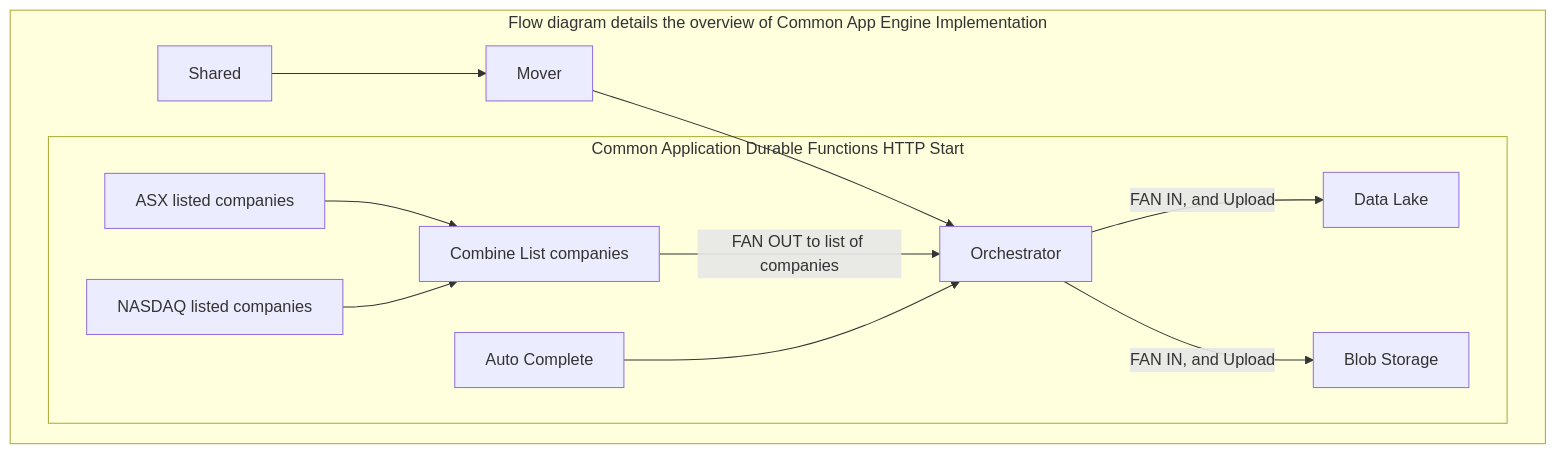
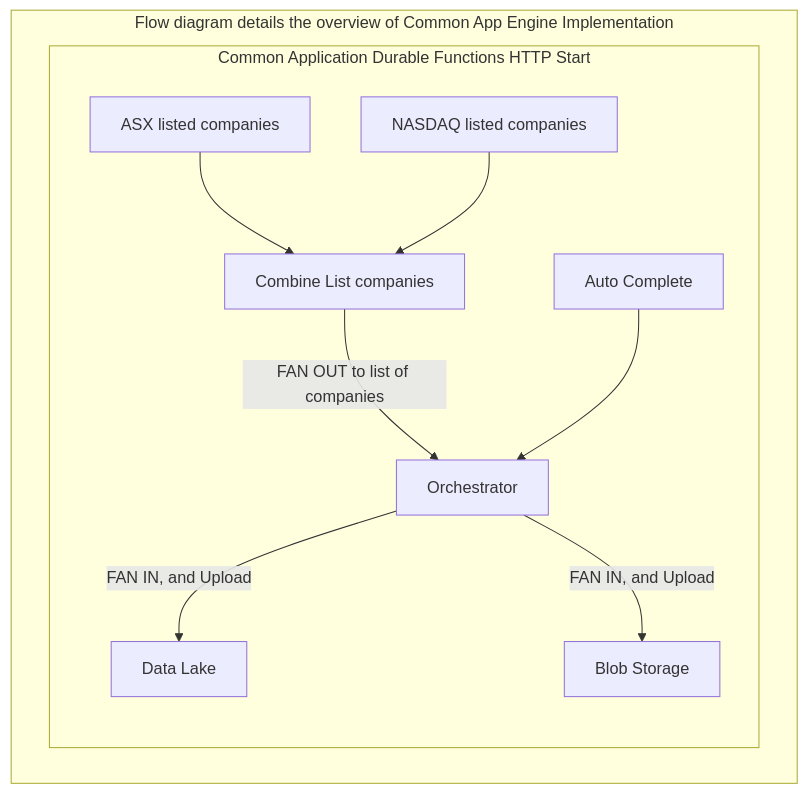
The diagram in README.md (Market-Finance/commonApp), drawn with Mermaid before and after one commit.

Commit message:
changes to doc

````diff
--- a/README.md
+++ b/README.md
@@ -159,25 +159,21 @@
 ```mermaid
     flowchart TD
     subgraph Flow diagram details the overview of Common App Engine Implementation
             A[Auto Complete]
             BA[ASX listed companies]
             BB[NASDAQ listed companies]
             B[Combine List companies]
             D[Orchestrator]
-            E[Mover]
-            EA[Shared]
             F[Blob Storage]
             G[Data Lake]
-            EA --> E
-            E --> D
 
             subgraph Common Application Durable Functions HTTP Start
                 BA --> B
                 BB --> B
                 D -- FAN IN, and Upload --> G 
                 D -- FAN IN, and Upload --> F
                 B -- FAN OUT to list of companies --> D 
                 A --> D
                 end
             end    
 ```
````
